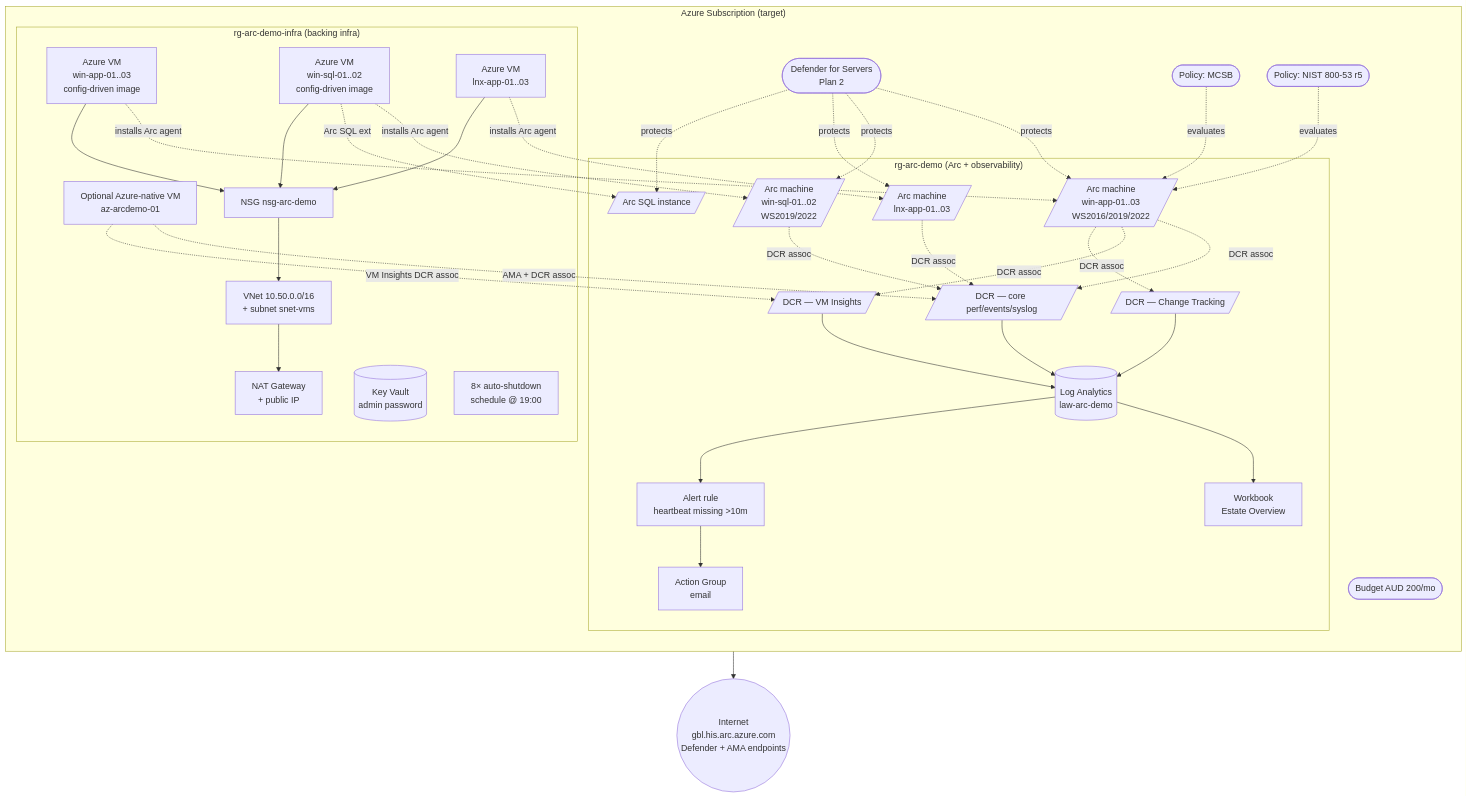
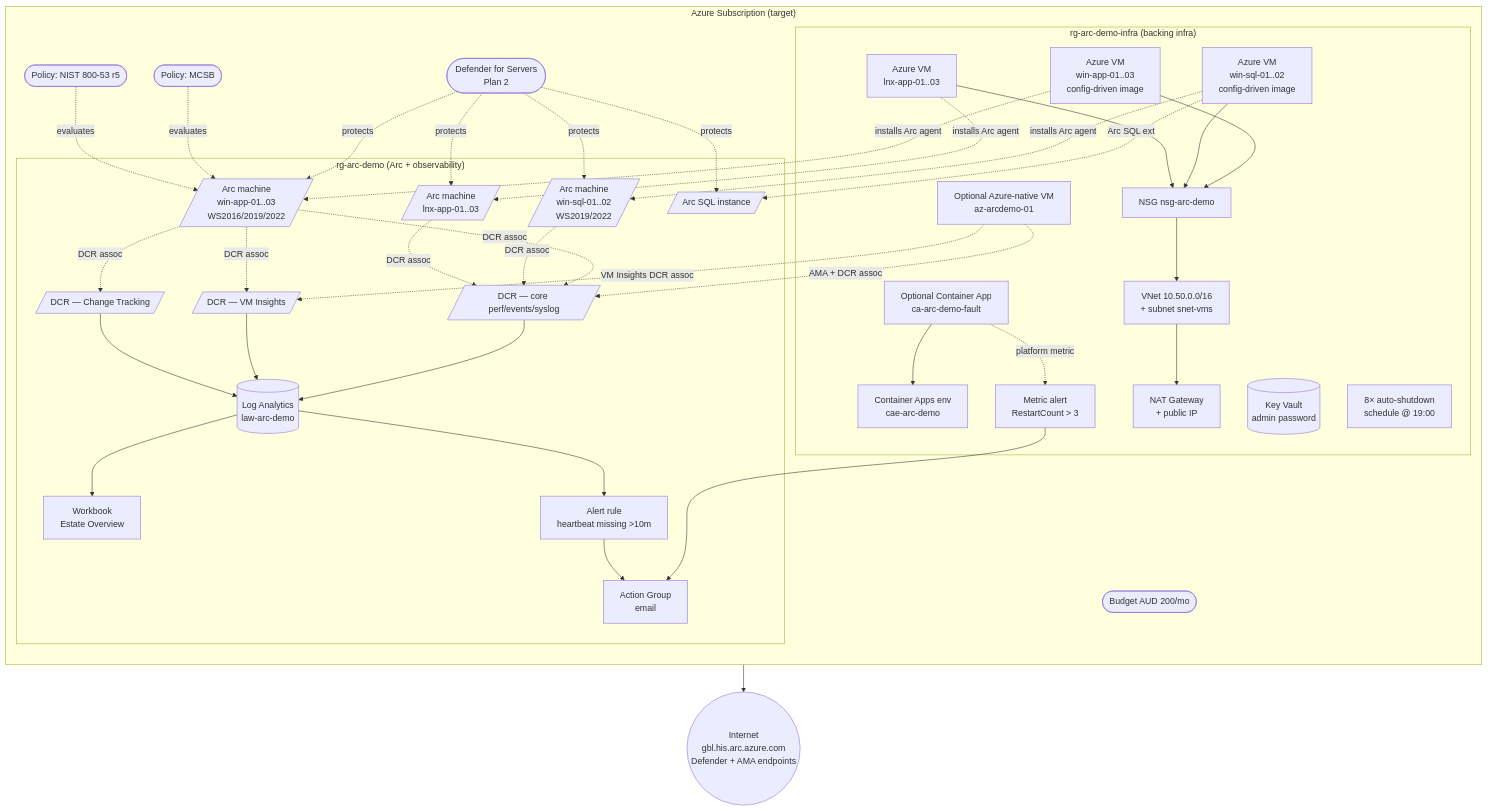
One commit to corey-skapin/arc-demo changed the diagram in docs/architecture.md. Above: the diagram before and after it, drawn with Mermaid. The commit also changed other lines of this file and 7 other files, not shown here.

First line of the commit message:
Implement Container App workload

````diff
--- a/docs/architecture.md
+++ b/docs/architecture.md
@@ -7,74 +7,80 @@
 ```mermaid
 flowchart TB
     subgraph sub["Azure Subscription (target)"]
         direction TB
 
         subgraph rg_arc["rg-arc-demo (Arc + observability)"]
             LAW[("Log Analytics<br/>law-arc-demo")]
             DCR1[/DCR — core perf/events/syslog/]
             DCR2[/DCR — VM Insights/]
             DCR3[/DCR — Change Tracking/]
             WB[Workbook<br/>Estate Overview]
             AG[Action Group<br/>email]
             AR[Alert rule<br/>heartbeat missing >10m]
             ARC1[/Arc machine<br/>win-app-01..03<br/>WS2016/2019/2022/]
             ARC2[/Arc machine<br/>win-sql-01..02<br/>WS2019/2022/]
             ARC3[/Arc machine<br/>lnx-app-01..03/]
             SQL1[/Arc SQL instance/]
         end
 
         subgraph rg_infra["rg-arc-demo-infra (backing infra)"]
             VNET[VNet 10.50.0.0/16<br/>+ subnet snet-vms]
             NSG[NSG nsg-arc-demo]
             NAT[NAT Gateway<br/>+ public IP]
             KV[(Key Vault<br/>admin password)]
             VM1[Azure VM<br/>win-app-01..03<br/>config-driven image]
             VM2[Azure VM<br/>win-sql-01..02<br/>config-driven image]
             VM3[Azure VM<br/>lnx-app-01..03]
             NATIVEVM[Optional Azure-native VM<br/>az-arcdemo-01]
+            CA[Optional Container App<br/>ca-arc-demo-fault]
+            CAE[Container Apps env<br/>cae-arc-demo]
+            CAR[Metric alert<br/>RestartCount > 3]
             SCHED[8× auto-shutdown<br/>schedule @ 19:00]
         end
 
         DEFENDER([Defender for Servers<br/>Plan 2])
         POL([Policy: MCSB])
         POL2([Policy: NIST 800-53 r5])
         BUDGET([Budget AUD 200/mo])
     end
 
     INET((Internet<br/>gbl.his.arc.azure.com<br/>Defender + AMA endpoints))
 
     VM1 -. installs Arc agent .-> ARC1
     VM2 -. installs Arc agent .-> ARC2
     VM3 -. installs Arc agent .-> ARC3
     VM2 -. Arc SQL ext .-> SQL1
 
     ARC1 -.->|DCR assoc| DCR1
     ARC2 -.->|DCR assoc| DCR1
     ARC3 -.->|DCR assoc| DCR1
     ARC1 -.->|DCR assoc| DCR2
     ARC1 -.->|DCR assoc| DCR3
 
     NATIVEVM -.->|AMA + DCR assoc| DCR1
     NATIVEVM -.->|VM Insights DCR assoc| DCR2
+    CA --> CAE
+    CA -. platform metric .-> CAR
+    CAR --> AG
 
     DCR1 --> LAW
     DCR2 --> LAW
     DCR3 --> LAW
     LAW --> WB
     LAW --> AR
     AR --> AG
 
     VM1 --> NSG
     VM2 --> NSG
     VM3 --> NSG
     NSG --> VNET
     VNET --> NAT
     NAT --> INET
 
     DEFENDER -. protects .-> ARC1
     DEFENDER -. protects .-> ARC2
     DEFENDER -. protects .-> ARC3
     DEFENDER -. protects .-> SQL1
     POL -. evaluates .-> ARC1
     POL2 -. evaluates .-> ARC1
 ```
````
